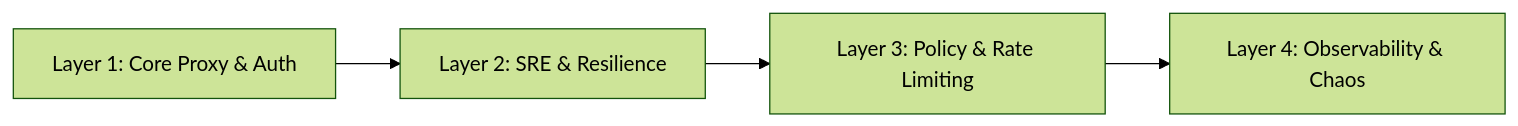
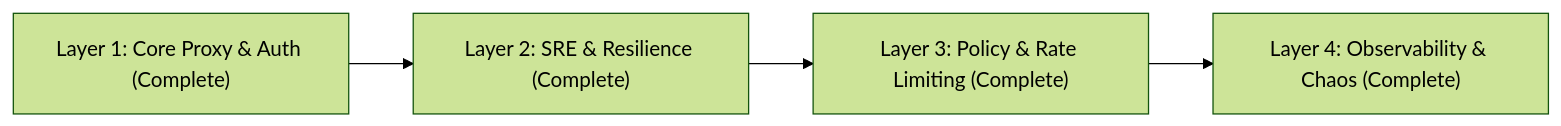
Before and after one commit to unveiledhistory49/ai-gateway: the second of 2 diagrams in DESIGN.md, drawn with Mermaid (forest theme). The commit also changed other lines of this file and 1 other file, not shown here.

````diff
--- a/DESIGN.md
+++ b/DESIGN.md
@@ -149,6 +149,6 @@
 ```mermaid
 flowchart LR
-    L1["Layer 1: Core Proxy & Auth"] --> L2["Layer 2: SRE & Resilience"]
-    L2 --> L3["Layer 3: Policy & Rate Limiting"]
-    L3 --> L4["Layer 4: Observability & Chaos"]
+    L1["Layer 1: Core Proxy & Auth (Complete)"] --> L2["Layer 2: SRE & Resilience (Complete)"]
+    L2 --> L3["Layer 3: Policy & Rate Limiting (Complete)"]
+    L3 --> L4["Layer 4: Observability & Chaos (Complete)"]
 ```
````
